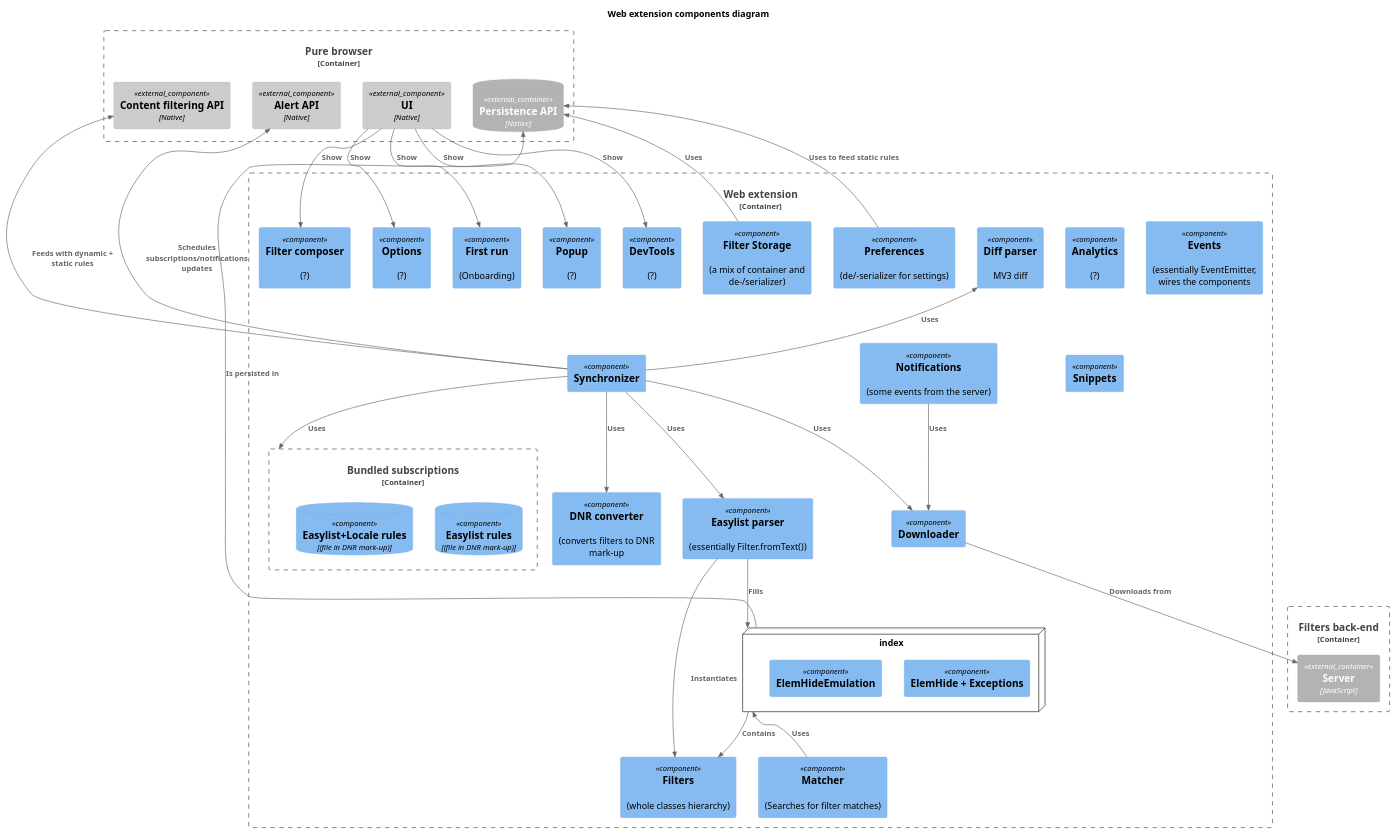
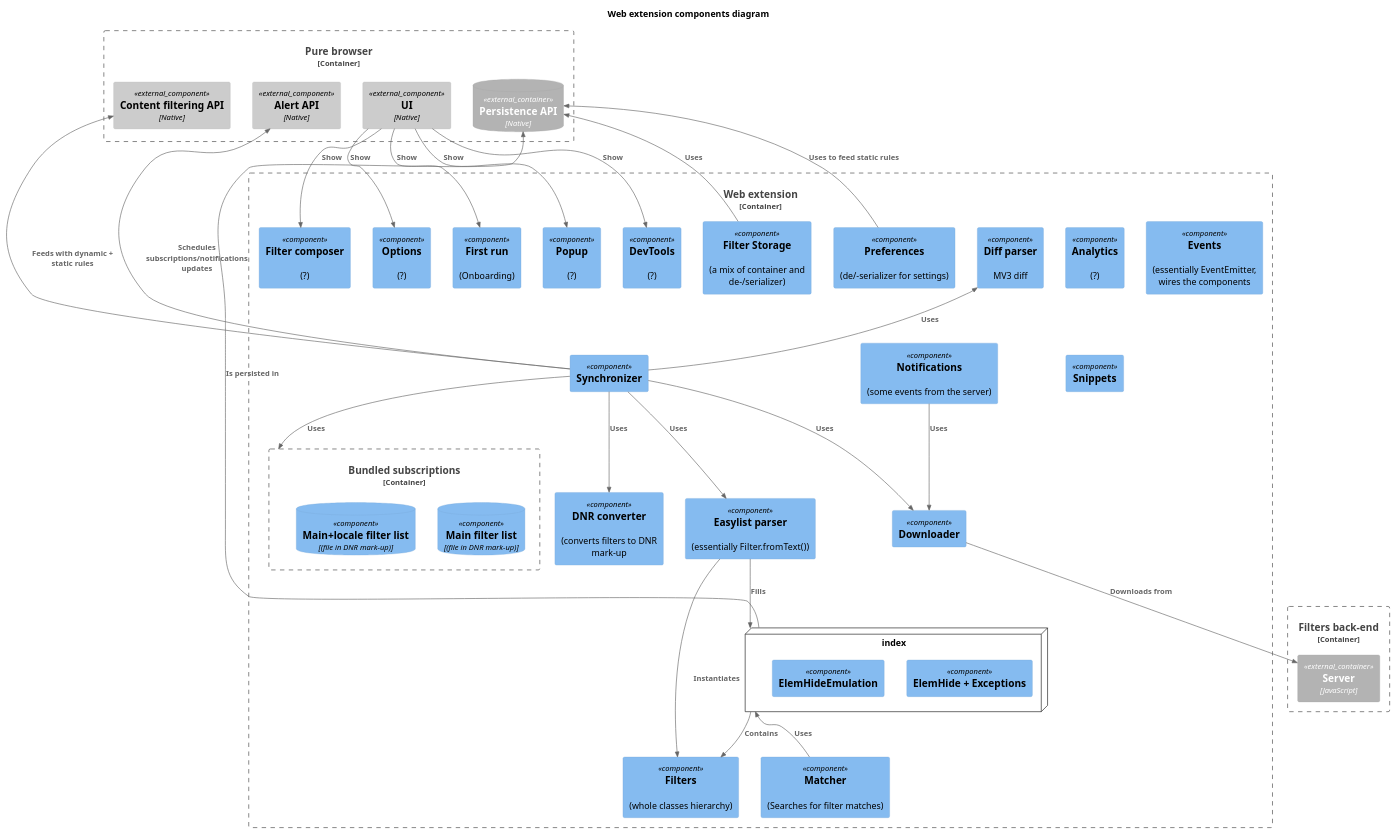
The diagram in components_webext.puml (4ntoine/mv3_spec_c4), drawn with PlantUML before and after one commit. The commit also changed 1 other file, not shown here.

```diff
--- a/components_webext.puml
+++ b/components_webext.puml
@@ -1,77 +1,77 @@
 @startuml
 !include https://raw.githubusercontent.com/plantuml-stdlib/C4-PlantUML/master/C4_Container.puml
 !include https://raw.githubusercontent.com/plantuml-stdlib/C4-PlantUML/master/C4_Component.puml
 
 title Web extension components diagram
 
 ' container itself
 Container_Boundary(webext, "Web extension") {
   ' core  
   Component(analytics, "Analytics", "", "(?)")
   Component(events, "Events", "", "(essentially EventEmitter, wires the components")
   Component(filters, "Filters", "", "(whole classes hierarchy)")
   Component(easylistParser, "Easylist parser", "", "(essentially Filter.fromText())")
   Component(diffParser, "Diff parser", "", "MV3 diff")
   Component(synchronizer, "Synchronizer")
   Component(downloader, "Downloader")
   Component(dnrConverter, "DNR converter", "", "(converts filters to DNR mark-up")
   Component(matcher, "Matcher", "", "(Searches for filter matches)")
   Component(notifications, "Notifications", "", "(some events from the server)")
   Component(filterStorage, "Filter Storage", "", "(a mix of container and de-/serializer)")
   Component(prefs, "Preferences", "", "(de/-serializer for settings)")
   Component(snippets, "Snippets", "", "(?)")
   ' webext
   Component(firstRun, "First run", "", "(Onboarding)")
   Component(filterComposer, "Filter composer", "", "(?)")
   Component(options, "Options", "", "(?)")
   Component(popup, "Popup", "", "(?)")
   Component(devTools, "DevTools", "", "(?)")
 
   node index {
     Component(elemHide, "ElemHide + Exceptions")
     Component(elemHideEmu, "ElemHideEmulation")
     Component(snippets, "Snippets")
   }
 
   Container_Boundary(bundled_subscriptions, "Bundled subscriptions") {
-    ComponentDb(sub1_dnr_rules, "Easylist rules", "(file in DNR mark-up)")
-    ComponentDb(sub2_dnr_rules, "Easylist+Locale rules", "(file in DNR mark-up)")
+    ComponentDb(sub1_dnr_rules, "Main filter list", "(file in DNR mark-up)")
+    ComponentDb(sub2_dnr_rules, "Main+locale filter list", "(file in DNR mark-up)")
   }
 }
 
 ' external container
 Container_Boundary(browser, "Pure browser", "") {
   ContainerDb_Ext(persistence, "Persistence API", "Native")
   Component_Ext(schedulers, "Alert API", "Native")
   Component_Ext(browserCore, "Content filtering API", "Native")
   Component_Ext(ui, "UI", "Native")
 }
 
 ' external container
 Container_Boundary(backEnd, "Filters back-end", "") {
   Container_Ext(server, "Server", "JavaScript")
 }
 
 ' relations
 Rel(synchronizer, downloader, "Uses")
 Rel(synchronizer, easylistParser, "Uses")
 Rel_U(synchronizer, diffParser, "Uses")
 Rel_U(synchronizer, schedulers, "Schedules subscriptions/notifications updates")
 Rel(synchronizer, dnrConverter, "Uses")
 Rel_U(synchronizer, browserCore, "Feeds with dynamic + static rules")
 Rel(synchronizer, bundled_subscriptions, "Uses")
 Rel(easylistParser, filters, "Instantiates")
 Rel(easylistParser, index, "Fills")
 Rel(index, filters, "Contains")
 Rel_U(index, persistence, "Is persisted in")
 Rel(downloader, server, "Downloads from")
 Rel_U(matcher, index, "Uses")
 Rel(notifications, downloader, "Uses")
 Rel(filterStorage, persistence, "Uses")
 Rel(prefs, persistence, "Uses to feed static rules")
 Rel(ui, firstRun, "Show")
 Rel(ui, filterComposer, "Show")
 Rel(ui, options, "Show")
 Rel(ui, popup, "Show")
 Rel(ui, devTools, "Show")
 @enduml
```
